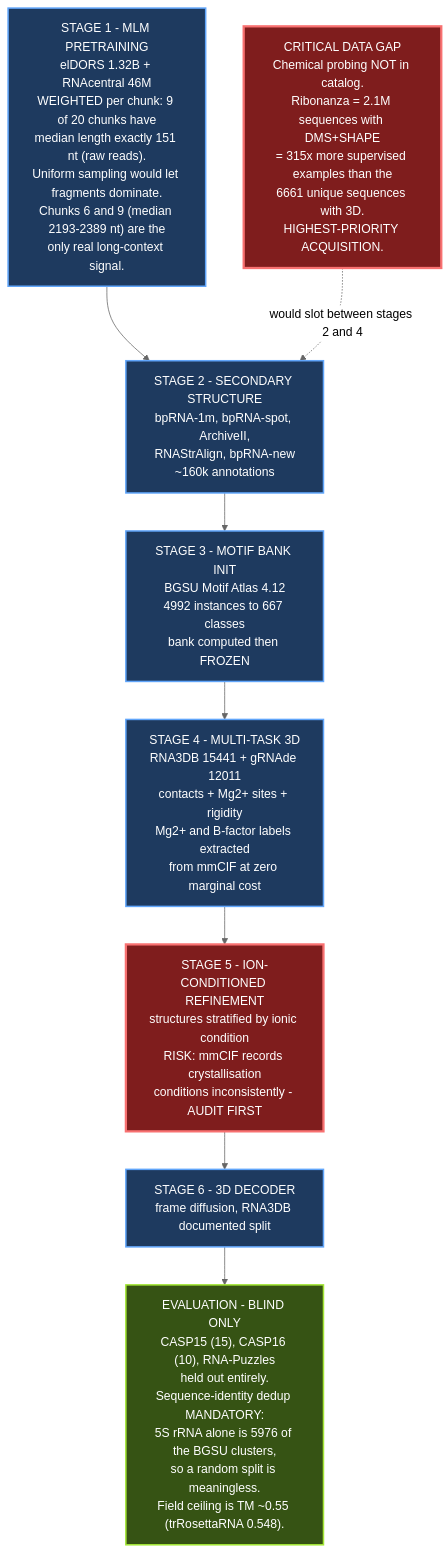
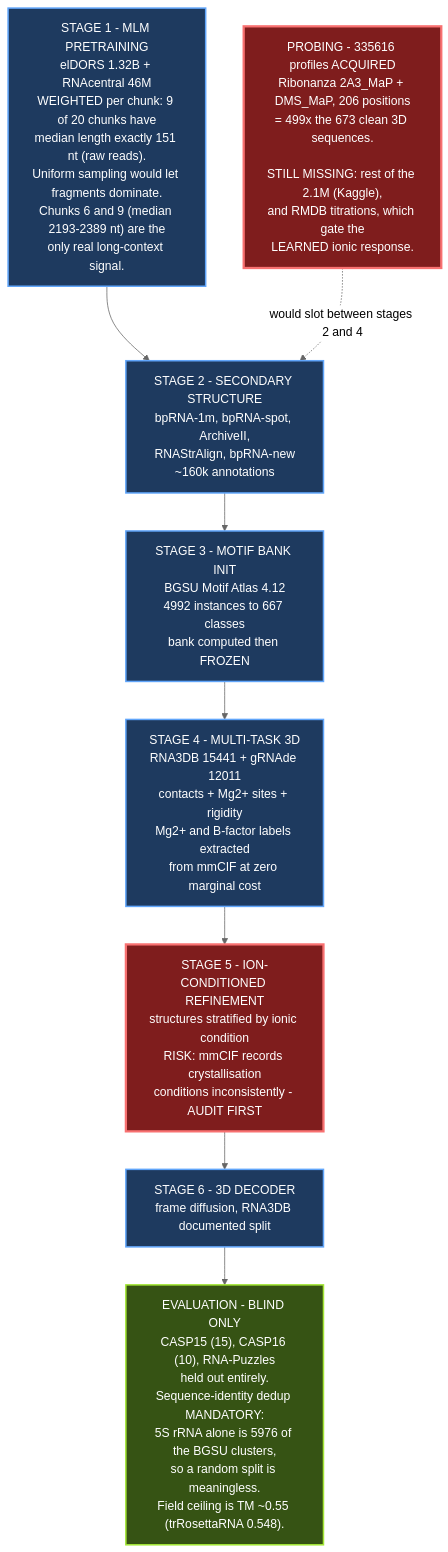
The diagram in research/architecture/diagrams/06-training-curriculum.mmd (E-Motioner-X-SBS/sbs-rna), drawn with Mermaid (neutral theme) before and after one commit. The commit also changed 13 other files, not shown here.

First line of the commit message:
Rewrite the architecture diagrams to v0.2 values only; re-render

```diff
--- a/research/architecture/diagrams/06-training-curriculum.mmd
+++ b/research/architecture/diagrams/06-training-curriculum.mmd
@@ -1,22 +1,22 @@
 graph TB
     S1["STAGE 1 - MLM PRETRAINING<br/>elDORS 1.32B + RNAcentral 46M<br/>WEIGHTED per chunk: 9 of 20 chunks have<br/>median length exactly 151 nt (raw reads).<br/>Uniform sampling would let fragments dominate.<br/>Chunks 6 and 9 (median 2193-2389 nt) are the<br/>only real long-context signal."]
     S2["STAGE 2 - SECONDARY STRUCTURE<br/>bpRNA-1m, bpRNA-spot, ArchiveII,<br/>RNAStrAlign, bpRNA-new<br/>~160k annotations"]
     S3["STAGE 3 - MOTIF BANK INIT<br/>BGSU Motif Atlas 4.12<br/>4992 instances to 667 classes<br/>bank computed then FROZEN"]
     S4["STAGE 4 - MULTI-TASK 3D<br/>RNA3DB 15441 + gRNAde 12011<br/>contacts + Mg2+ sites + rigidity<br/>Mg2+ and B-factor labels extracted<br/>from mmCIF at zero marginal cost"]
     S5["STAGE 5 - ION-CONDITIONED REFINEMENT<br/>structures stratified by ionic condition<br/>RISK: mmCIF records crystallisation<br/>conditions inconsistently - AUDIT FIRST"]
     S6["STAGE 6 - 3D DECODER<br/>frame diffusion, RNA3DB documented split"]
 
     S1 --> S2 --> S3 --> S4 --> S5 --> S6
 
-    GAP["CRITICAL DATA GAP<br/>Chemical probing NOT in catalog.<br/>Ribonanza = 2.1M sequences with DMS+SHAPE<br/>= 315x more supervised examples than the<br/>6661 unique sequences with 3D.<br/>HIGHEST-PRIORITY ACQUISITION."]
+    GAP["PROBING - 335616 profiles ACQUIRED<br/>Ribonanza 2A3_MaP + DMS_MaP, 206 positions<br/>= 499x the 673 clean 3D sequences.<br/><br/>STILL MISSING: rest of the 2.1M (Kaggle),<br/>and RMDB titrations, which gate the<br/>LEARNED ionic response."]
     GAP -.->|"would slot between stages 2 and 4"| S2
 
     EVAL["EVALUATION - BLIND ONLY<br/>CASP15 (15), CASP16 (10), RNA-Puzzles<br/>held out entirely.<br/>Sequence-identity dedup MANDATORY:<br/>5S rRNA alone is 5976 of the BGSU clusters,<br/>so a random split is meaningless.<br/>Field ceiling is TM ~0.55 (trRosettaRNA 0.548)."]
     S6 --> EVAL
 
     classDef stage fill:#1e3a5f,stroke:#60a5fa,stroke-width:2px,color:#fff
     classDef warn fill:#7f1d1d,stroke:#f87171,stroke-width:3px,color:#fff
     classDef eval fill:#365314,stroke:#a3e635,stroke-width:2px,color:#fff
     class S1,S2,S3,S4,S5,S6 stage
     class GAP,S5 warn
     class EVAL eval
```
